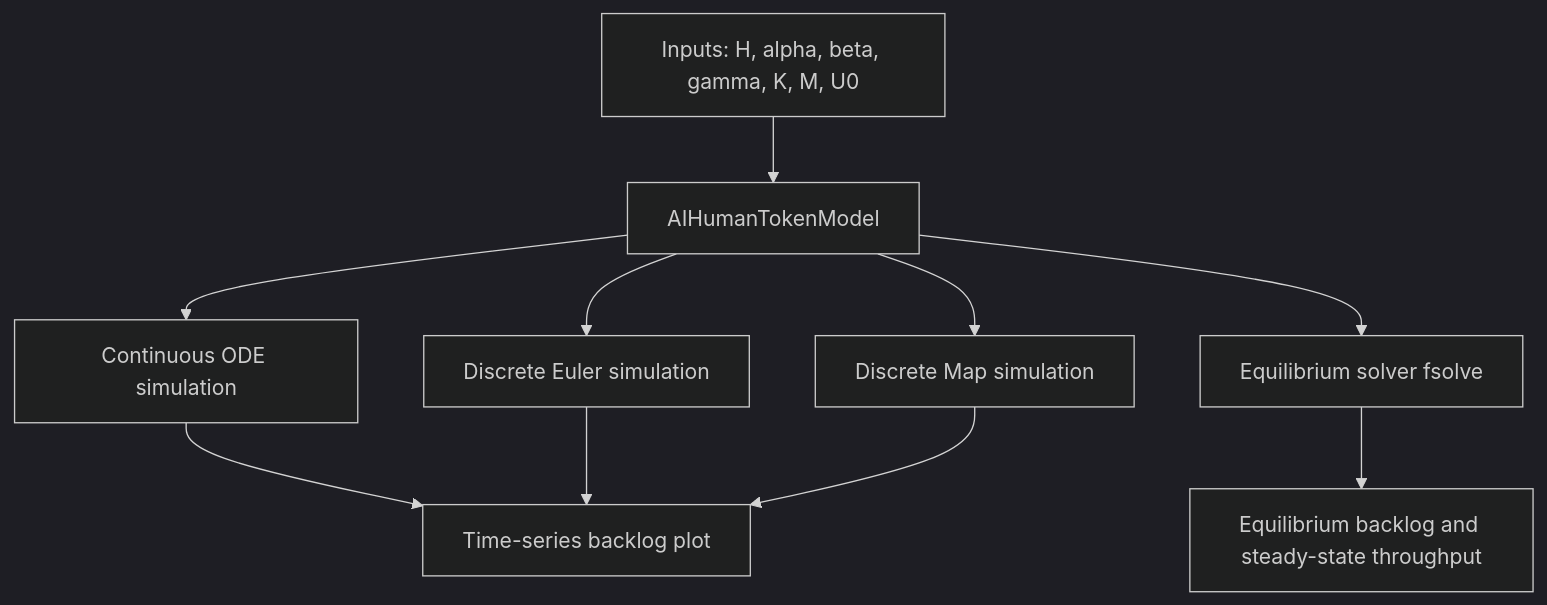
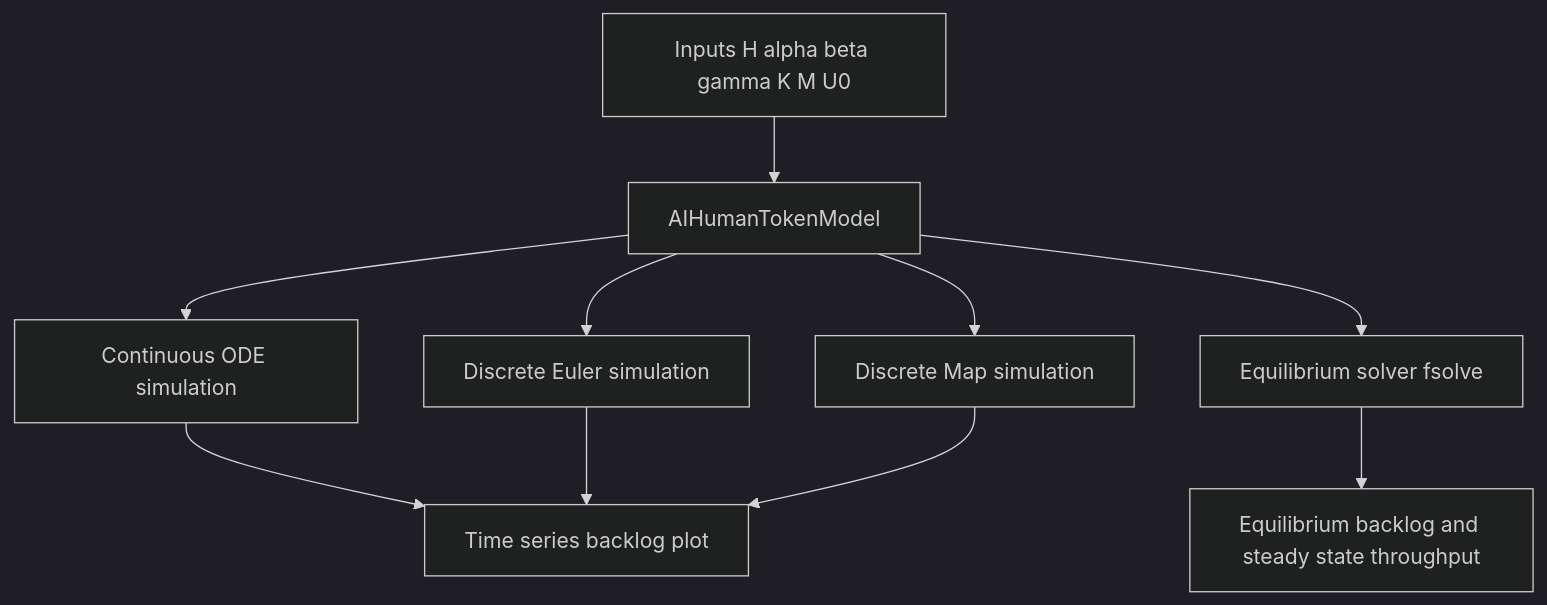
The second of 2 diagrams in README.md (Mjboothaus/ai-human-token-model), drawn with Mermaid (dark theme) before and after one commit. The commit also changed other lines of this file, not shown here.

Commit message:
Fix Mermaid diagrams for GitHub rendering

````diff
--- a/README.md
+++ b/README.md
@@ -43,12 +43,12 @@
 ```mermaid
 flowchart TB
-    I[Inputs: H, alpha, beta, gamma, K, M, U0] --> M[AIHumanTokenModel]
-    M --> ODE[Continuous ODE simulation]
-    M --> EULER[Discrete Euler simulation]
-    M --> MAP[Discrete Map simulation]
-    ODE --> TS[Time-series backlog plot]
+    I["Inputs H alpha beta gamma K M U0"] --> M["AIHumanTokenModel"]
+    M --> ODE["Continuous ODE simulation"]
+    M --> EULER["Discrete Euler simulation"]
+    M --> MAP["Discrete Map simulation"]
+    ODE --> TS["Time series backlog plot"]
     EULER --> TS
     MAP --> TS
-    M --> EQ[Equilibrium solver fsolve]
-    EQ --> OUT[Equilibrium backlog and steady-state throughput]
+    M --> EQ["Equilibrium solver fsolve"]
+    EQ --> OUT["Equilibrium backlog and steady state throughput"]
 ```
````
